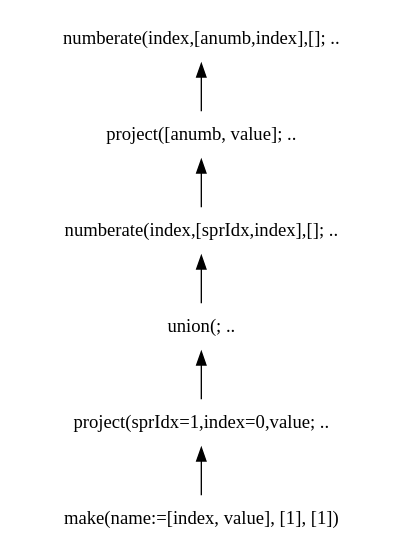
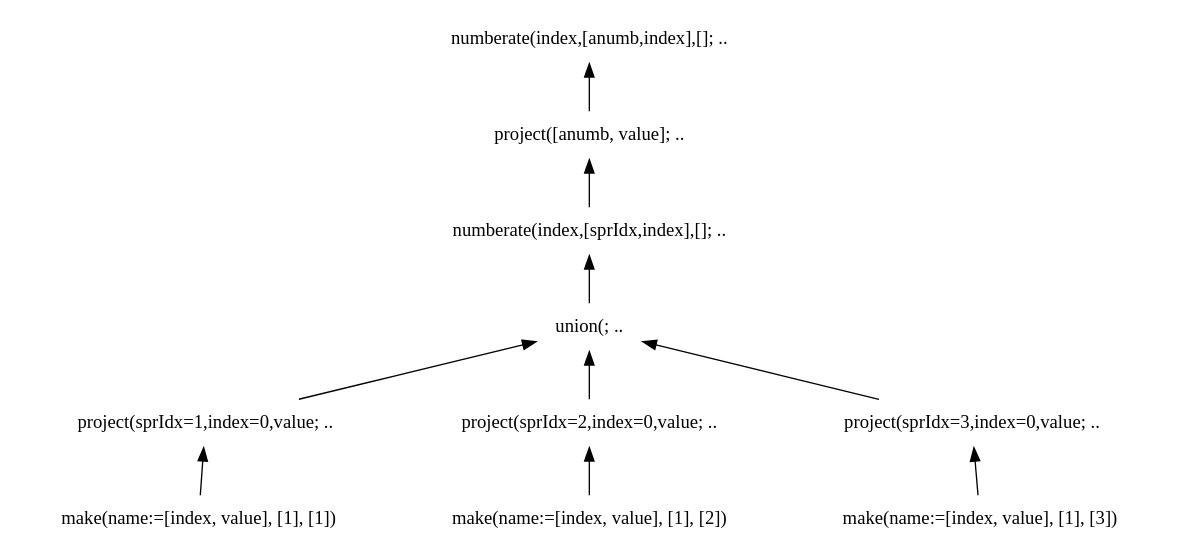
The diagram in doc/img/graphs/td_impl_flwor_simple.xq_relalg.dot (andrerav/xqft-parser), drawn with Graphviz before and after one commit. The commit also changed 3 other files, not shown here.

```diff
--- a/doc/img/graphs/td_impl_flwor_simple.xq_relalg.dot
+++ b/doc/img/graphs/td_impl_flwor_simple.xq_relalg.dot
@@ -1,15 +1,23 @@
 digraph AST {
 edge [color=black, dir=both, weight=1, fontcolor=black, arrowhead=none, arrowtail=normal]
 node [shape=plaintext]numberate1 [label="numberate(index,[anumb,index],[]; .."]
  project2 [label="project([anumb, value]; .."]
  numberate3 [label="numberate(index,[sprIdx,index],[]; .."]
  union4 [label="union(; .."]
  project5 [label="project(sprIdx=1,index=0,value; .."]
  make6 [label="make(name:=[index, value], [1], [1])"]
 project5 -> make6
 union4 -> project5
+ project7 [label="project(sprIdx=2,index=0,value; .."]
+ make8 [label="make(name:=[index, value], [1], [2])"]
+project7 -> make8
+union4 -> project7
+ project9 [label="project(sprIdx=3,index=0,value; .."]
+ make10 [label="make(name:=[index, value], [1], [3])"]
+project9 -> make10
+union4 -> project9
 numberate3 -> union4
 project2 -> numberate3
 numberate1 -> project2
 
 }
```
